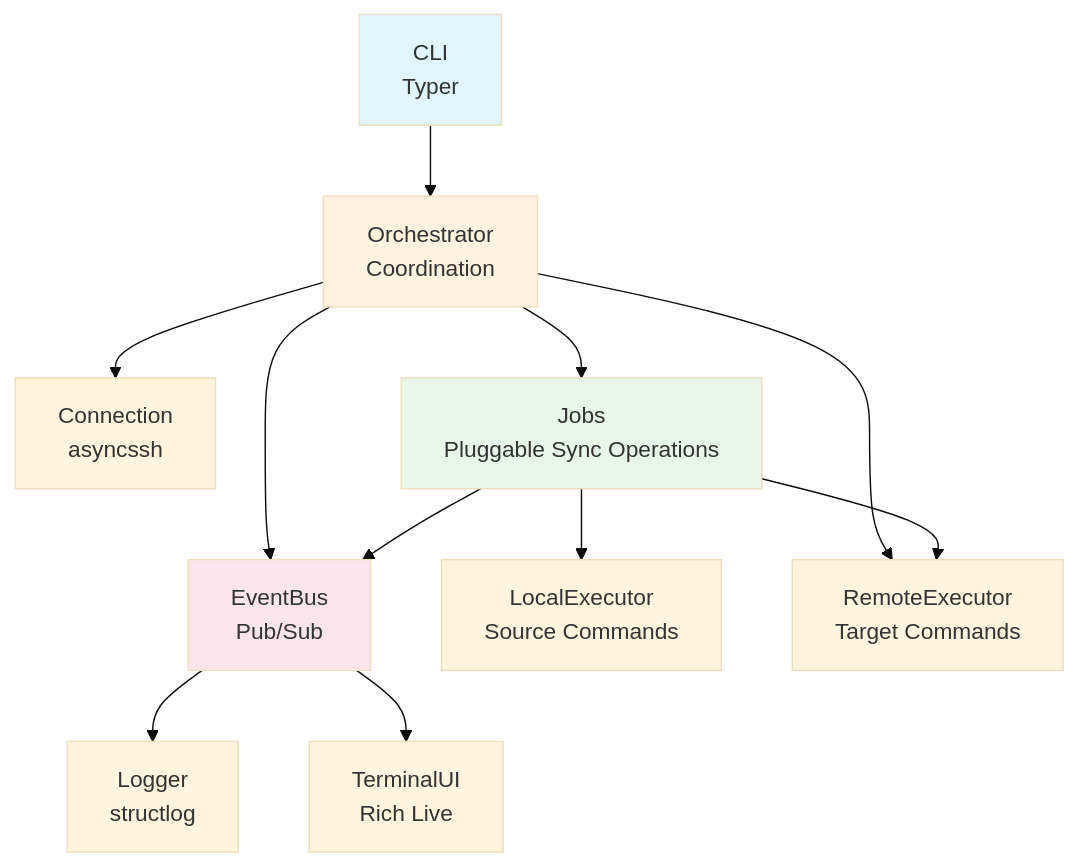
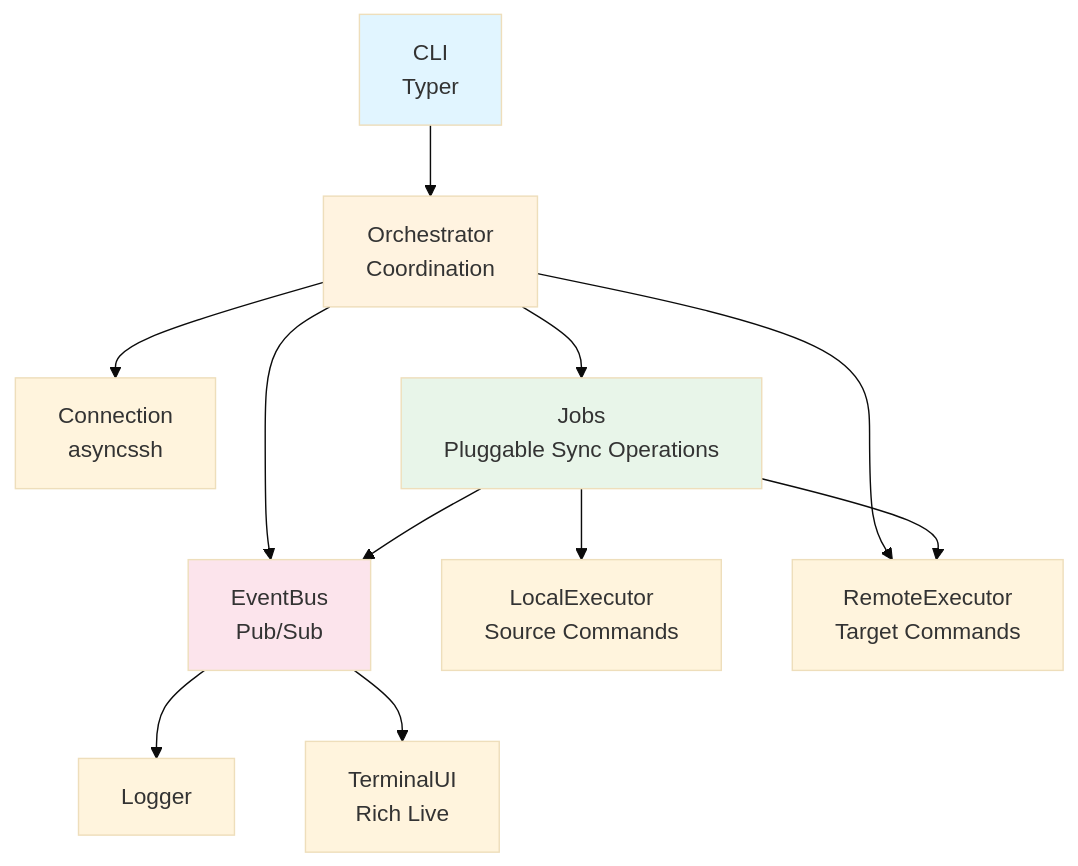
Before and after one commit to flaksit/pc-switcher: the first of 3 diagrams in docs/architecture.md, drawn with Mermaid (base theme). The commit also changed 6 other files, not shown here.

````diff
--- a/docs/architecture.md
+++ b/docs/architecture.md
@@ -13,34 +13,34 @@
 ```mermaid
 graph TD
     CLI[CLI<br/>Typer]
     Orchestrator[Orchestrator<br/>Coordination]
     EventBus[EventBus<br/>Pub/Sub]
     Connection[Connection<br/>asyncssh]
 
     LocalExec[LocalExecutor<br/>Source Commands]
     RemoteExec[RemoteExecutor<br/>Target Commands]
 
-    Logger[Logger<br/>structlog]
+    Logger[Logger]
     TerminalUI[TerminalUI<br/>Rich Live]
 
     Jobs[Jobs<br/>Pluggable Sync Operations]
 
     CLI --> Orchestrator
     Orchestrator --> Connection
     Orchestrator --> RemoteExec
     Orchestrator --> Jobs
 
     Orchestrator --> EventBus
     Jobs --> EventBus
 
     EventBus --> Logger
     EventBus --> TerminalUI
 
     Jobs --> LocalExec
     Jobs --> RemoteExec
 
     style CLI fill:#e1f5ff
     style Orchestrator fill:#fff3e0
     style EventBus fill:#fce4ec
     style Jobs fill:#e8f5e9
 ```
````
